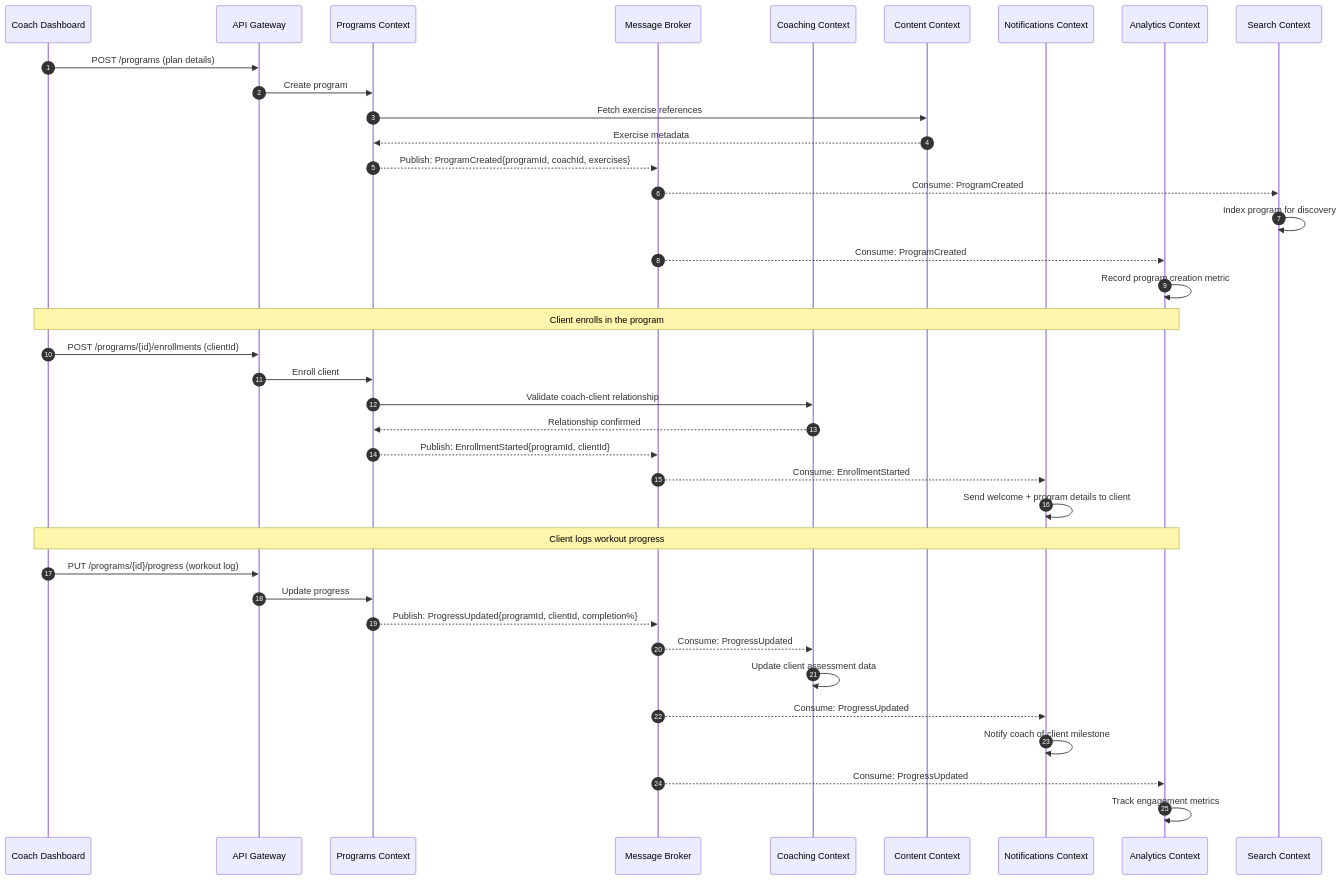
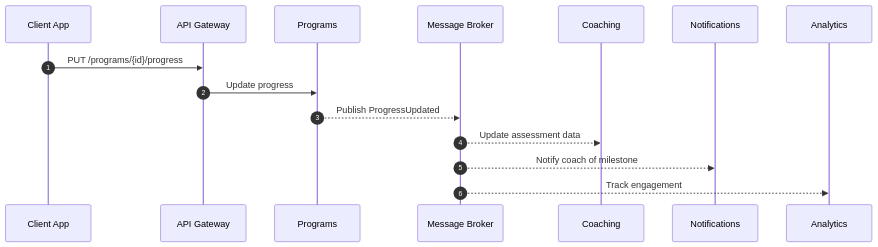
One commit to zezzi/architecture-class changed the seventh of 9 diagrams in diagrams/03-event-flow-diagrams.md. Above: the diagram before and after it, drawn with Mermaid. The commit also changed other lines of this file and 6 other files, not shown here.

Commit message:
change in diagrams

````diff
--- a/diagrams/03-event-flow-diagrams.md
+++ b/diagrams/03-event-flow-diagrams.md
@@ -53,51 +127,19 @@
 ```mermaid
 sequenceDiagram
     autonumber
-    participant Coach as Coach Dashboard
-    participant APIGW as API Gateway
-    participant Prog as Programs Context
+    participant Client as Client App
+    participant GW as API Gateway
+    participant Prog as Programs
     participant MQ as Message Broker
-    participant Coaching as Coaching Context
-    participant Content as Content Context
-    participant Notif as Notifications Context
-    participant Analytics as Analytics Context
-    participant Search as Search Context
+    participant Coaching as Coaching
+    participant Notif as Notifications
+    participant Analytics as Analytics
 
-    Coach->>APIGW: POST /programs (plan details)
-    APIGW->>Prog: Create program
-    Prog->>Content: Fetch exercise references
-    Content-->>Prog: Exercise metadata
-    Prog-->>MQ: Publish: ProgramCreated{programId, coachId, exercises}
+    Client->>GW: PUT /programs/{id}/progress
+    GW->>Prog: Update progress
+    Prog-->>MQ: Publish ProgressUpdated
 
-    MQ-->>Search: Consume: ProgramCreated
-    Search->>Search: Index program for discovery
-
-    MQ-->>Analytics: Consume: ProgramCreated
-    Analytics->>Analytics: Record program creation metric
-
-    Note over Coach,Analytics: Client enrolls in the program
-
-    Coach->>APIGW: POST /programs/{id}/enrollments (clientId)
-    APIGW->>Prog: Enroll client
-    Prog->>Coaching: Validate coach-client relationship
-    Coaching-->>Prog: Relationship confirmed
-    Prog-->>MQ: Publish: EnrollmentStarted{programId, clientId}
-
-    MQ-->>Notif: Consume: EnrollmentStarted
-    Notif->>Notif: Send welcome + program details to client
-
-    Note over Coach,Analytics: Client logs workout progress
-
-    Coach->>APIGW: PUT /programs/{id}/progress (workout log)
-    APIGW->>Prog: Update progress
-    Prog-->>MQ: Publish: ProgressUpdated{programId, clientId, completion%}
-
-    MQ-->>Coaching: Consume: ProgressUpdated
-    Coaching->>Coaching: Update client assessment data
-
-    MQ-->>Notif: Consume: ProgressUpdated
-    Notif->>Notif: Notify coach of client milestone
-
-    MQ-->>Analytics: Consume: ProgressUpdated
-    Analytics->>Analytics: Track engagement metrics
+    MQ-->>Coaching: Update assessment data
+    MQ-->>Notif: Notify coach of milestone
+    MQ-->>Analytics: Track engagement
 ```
````
